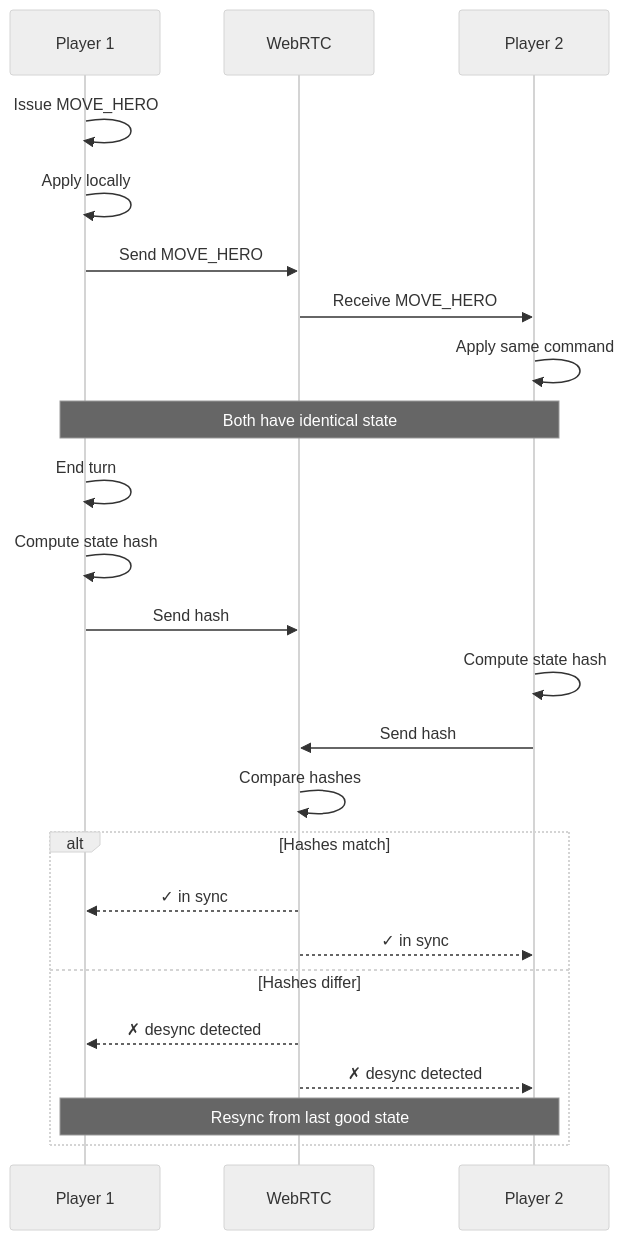
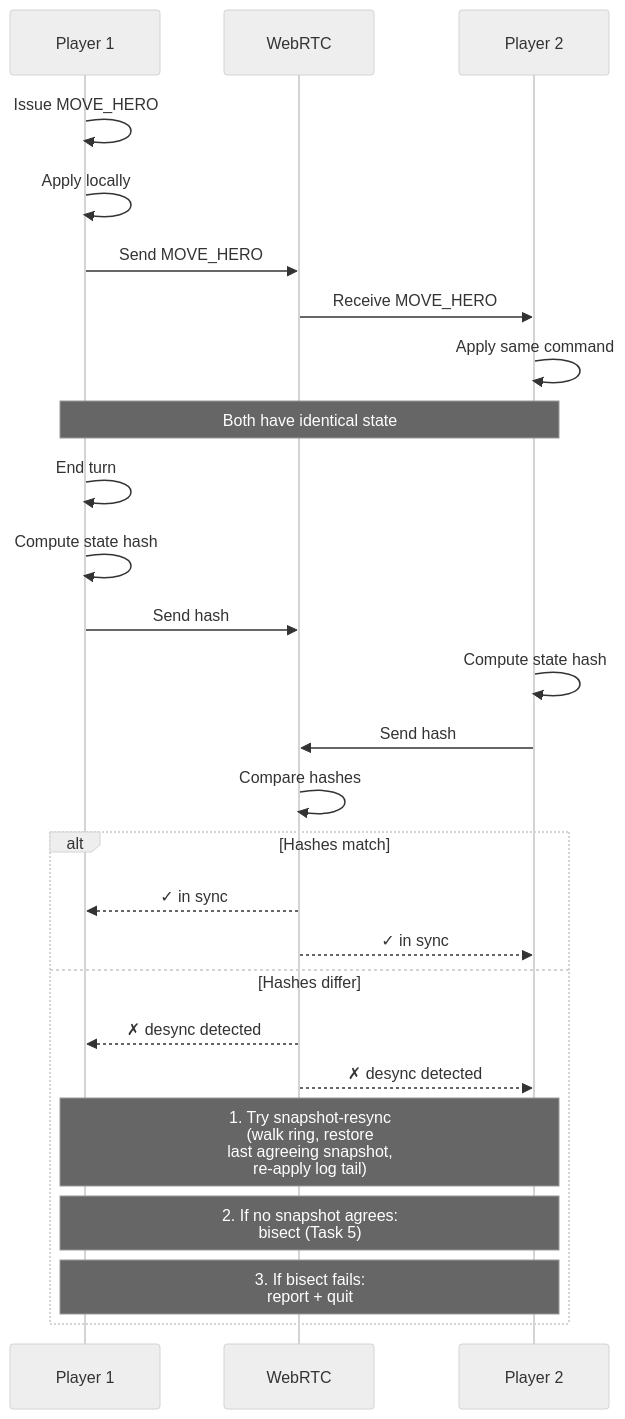
Before and after one commit to SunaNoOshiro/Heroes_Reforged_AI_Realms: the diagram in docs/architecture/diagrams/26-multiplayer-sync.md, drawn with Mermaid (neutral theme). The commit also changed other lines of this file and 27 other files, not shown here.

````diff
--- a/docs/architecture/diagrams/26-multiplayer-sync.md
+++ b/docs/architecture/diagrams/26-multiplayer-sync.md
@@ -10,28 +10,30 @@
 ```mermaid
 sequenceDiagram
     participant P1 as Player 1
     participant Net as WebRTC
     participant P2 as Player 2
 
     P1->>P1: Issue MOVE_HERO
     P1->>P1: Apply locally
     P1->>Net: Send MOVE_HERO
     Net->>P2: Receive MOVE_HERO
     P2->>P2: Apply same command
     Note over P1,P2: Both have identical state
 
     P1->>P1: End turn
     P1->>P1: Compute state hash
     P1->>Net: Send hash
     P2->>P2: Compute state hash
     P2->>Net: Send hash
     Net->>Net: Compare hashes
     alt Hashes match
         Net-->>P1: ✓ in sync
         Net-->>P2: ✓ in sync
     else Hashes differ
         Net-->>P1: ✗ desync detected
         Net-->>P2: ✗ desync detected
-        Note over P1,P2: Resync from last good state
+        Note over P1,P2: 1. Try snapshot-resync<br/>(walk ring, restore<br/>last agreeing snapshot,<br/>re-apply log tail)
+        Note over P1,P2: 2. If no snapshot agrees:<br/>bisect (Task 5)
+        Note over P1,P2: 3. If bisect fails:<br/>report + quit
     end
 ```
````
